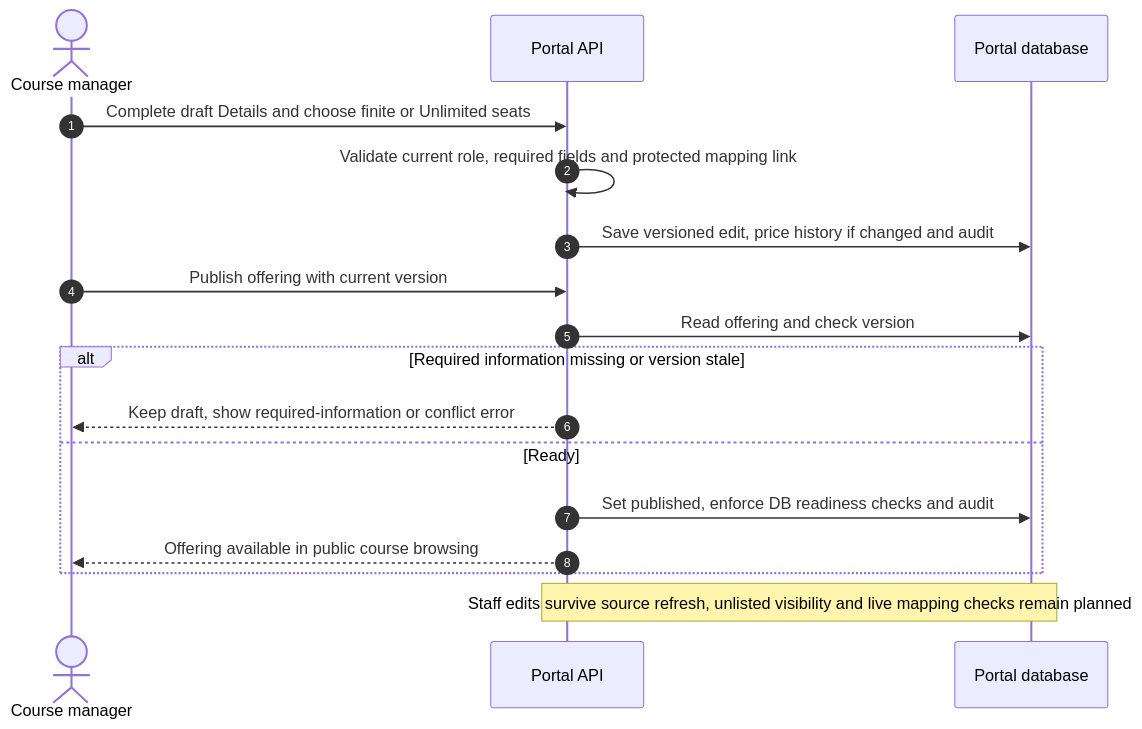
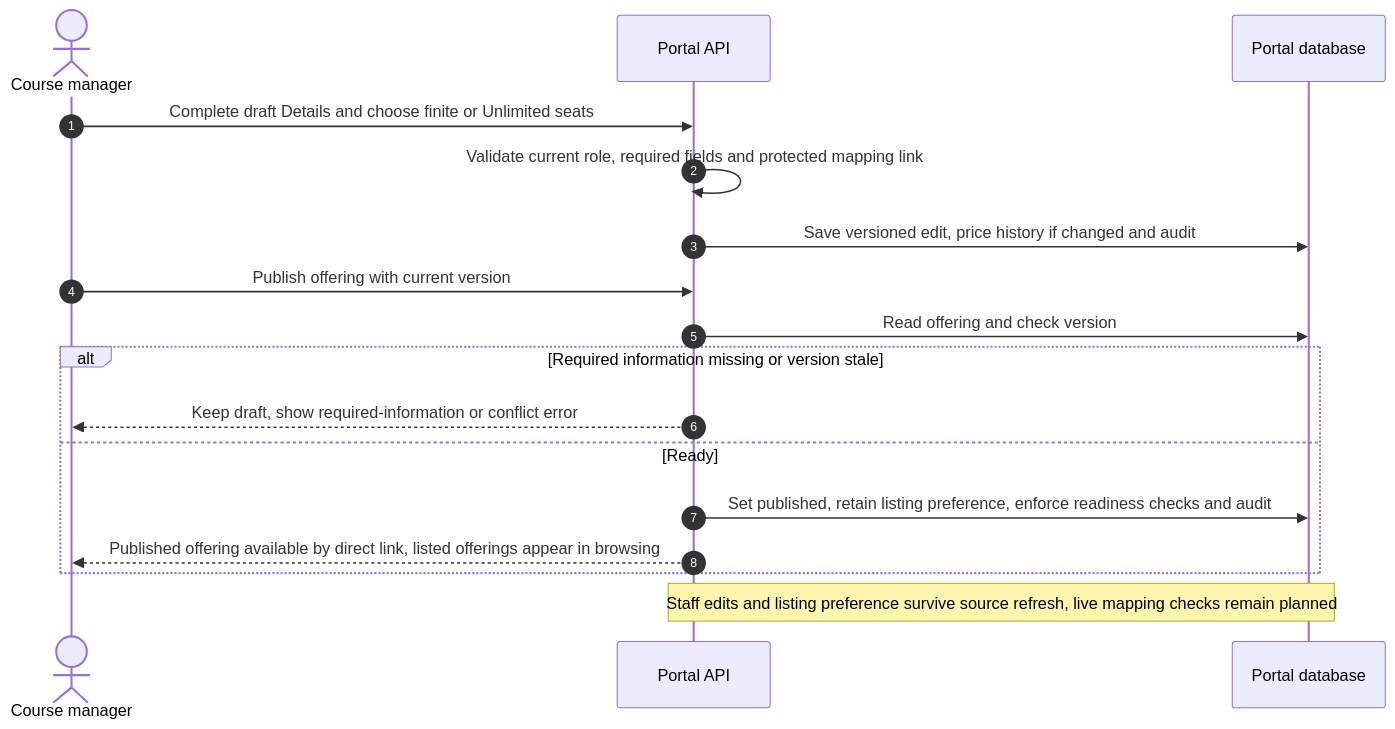
One commit to dr-grizz/Continuing-Education changed the fourth of 14 diagrams in docs/implementation-plan.md. Above: the diagram before and after it, drawn with Mermaid. The commit also changed other lines of this file and 28 other files, not shown here.

Commit message:
Add independent listed and unlisted offering visibility

````diff
--- a/docs/implementation-plan.md
+++ b/docs/implementation-plan.md
@@ -509,19 +509,19 @@
 ```mermaid
 sequenceDiagram
     autonumber
     actor Manager as Course manager
     participant Portal as Portal API
     participant DB as Portal database
     Manager->>Portal: Complete draft Details and choose finite or Unlimited seats
     Portal->>Portal: Validate current role, required fields and protected mapping link
     Portal->>DB: Save versioned edit, price history if changed and audit
     Manager->>Portal: Publish offering with current version
     Portal->>DB: Read offering and check version
     alt Required information missing or version stale
         Portal-->>Manager: Keep draft, show required-information or conflict error
     else Ready
-        Portal->>DB: Set published, enforce DB readiness checks and audit
-        Portal-->>Manager: Offering available in public course browsing
+        Portal->>DB: Set published, retain listing preference, enforce readiness checks and audit
+        Portal-->>Manager: Published offering available by direct link, listed offerings appear in browsing
     end
-    Note over Portal,DB: Staff edits survive source refresh, unlisted visibility and live mapping checks remain planned
+    Note over Portal,DB: Staff edits and listing preference survive source refresh, live mapping checks remain planned
 ```
````
